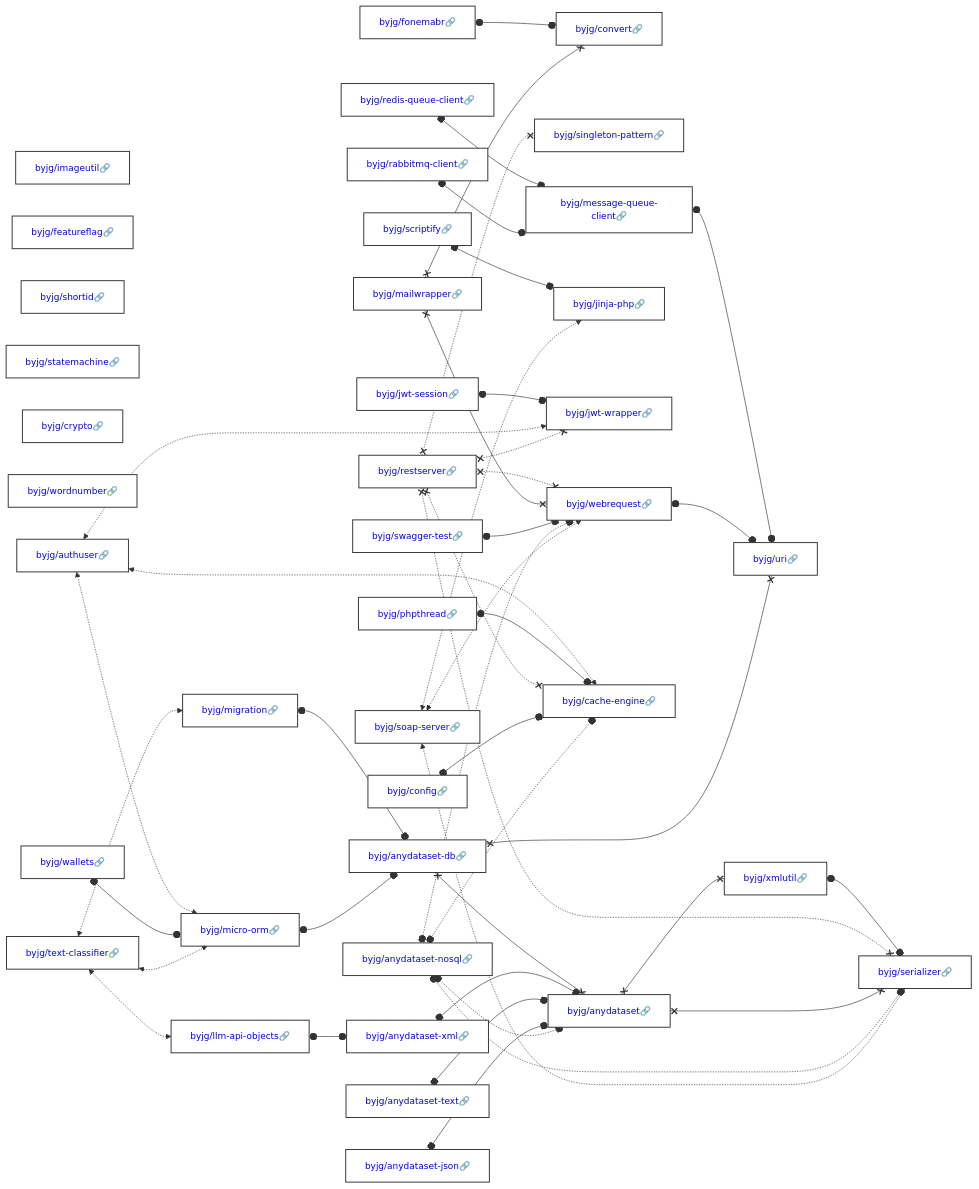
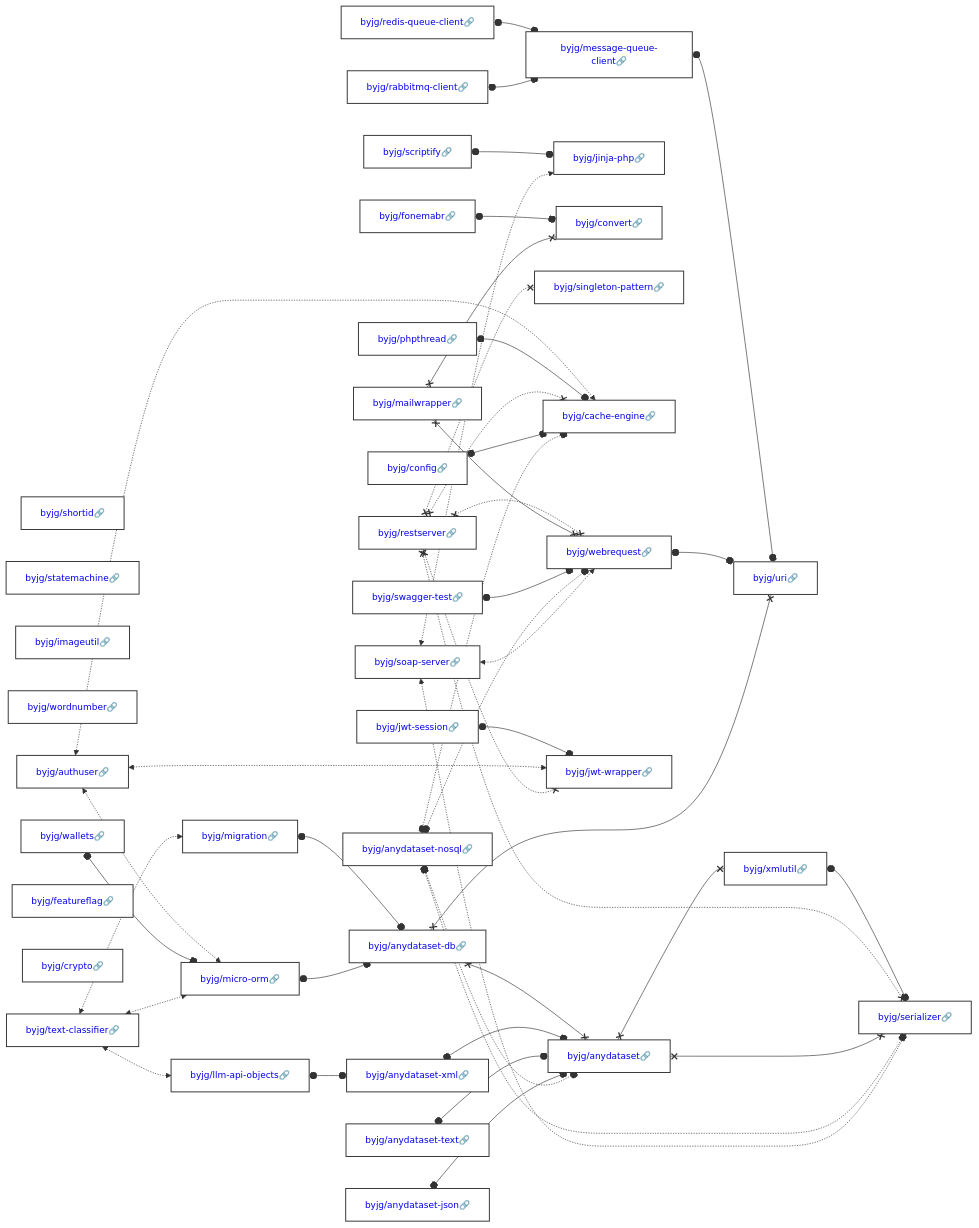
The diagram in docs/php/README.md (byjg/byjg.github.io), drawn with Mermaid before and after one commit. The commit also changed other lines of this file, not shown here.

Commit message:
Update documentation 'php' 'php-authuser'

````diff
--- a/docs/php/README.md
+++ b/docs/php/README.md
@@ -3,38 +3,38 @@
 ```mermaid
 graph LR;
+  byjg/shortid[<a href='https://opensource.byjg.com/docs/php/shortid' style='text-decoration:none'>byjg/shortid🔗</a>];
+  byjg/anydataset-json[<a href='https://opensource.byjg.com/docs/php/anydataset-json' style='text-decoration:none'>byjg/anydataset-json🔗</a>];
+  byjg/rabbitmq-client[<a href='https://opensource.byjg.com/docs/php/rabbitmq-client' style='text-decoration:none'>byjg/rabbitmq-client🔗</a>];
+  byjg/mailwrapper[<a href='https://opensource.byjg.com/docs/php/mailwrapper' style='text-decoration:none'>byjg/mailwrapper🔗</a>];
+  byjg/config[<a href='https://opensource.byjg.com/docs/php/config' style='text-decoration:none'>byjg/config🔗</a>];
+  byjg/statemachine[<a href='https://opensource.byjg.com/docs/php/statemachine' style='text-decoration:none'>byjg/statemachine🔗</a>];
+  byjg/imageutil[<a href='https://opensource.byjg.com/docs/php/imageutil' style='text-decoration:none'>byjg/imageutil🔗</a>];
+  byjg/phpthread[<a href='https://opensource.byjg.com/docs/php/phpthread' style='text-decoration:none'>byjg/phpthread🔗</a>];
+  byjg/wordnumber[<a href='https://opensource.byjg.com/docs/php/wordnumber' style='text-decoration:none'>byjg/wordnumber🔗</a>];
+  byjg/wallets[<a href='https://opensource.byjg.com/docs/php/wallets' style='text-decoration:none'>byjg/wallets🔗</a>];
+  byjg/anydataset-nosql[<a href='https://opensource.byjg.com/docs/php/anydataset-nosql' style='text-decoration:none'>byjg/anydataset-nosql🔗</a>];
+  byjg/anydataset-text[<a href='https://opensource.byjg.com/docs/php/anydataset-text' style='text-decoration:none'>byjg/anydataset-text🔗</a>];
+  byjg/text-classifier[<a href='https://opensource.byjg.com/docs/php/text-classifier' style='text-decoration:none'>byjg/text-classifier🔗</a>];
+  byjg/featureflag[<a href='https://opensource.byjg.com/docs/php/featureflag' style='text-decoration:none'>byjg/featureflag🔗</a>];
+  byjg/soap-server[<a href='https://opensource.byjg.com/docs/php/soap-server' style='text-decoration:none'>byjg/soap-server🔗</a>];
+  byjg/jwt-session[<a href='https://opensource.byjg.com/docs/php/jwt-session' style='text-decoration:none'>byjg/jwt-session🔗</a>];
+  byjg/swagger-test[<a href='https://opensource.byjg.com/docs/php/swagger-test' style='text-decoration:none'>byjg/swagger-test🔗</a>];
   byjg/redis-queue-client[<a href='https://opensource.byjg.com/docs/php/redis-queue-client' style='text-decoration:none'>byjg/redis-queue-client🔗</a>];
-  byjg/anydataset-nosql[<a href='https://opensource.byjg.com/docs/php/anydataset-nosql' style='text-decoration:none'>byjg/anydataset-nosql🔗</a>];
-  byjg/config[<a href='https://opensource.byjg.com/docs/php/config' style='text-decoration:none'>byjg/config🔗</a>];
-  byjg/anydataset-json[<a href='https://opensource.byjg.com/docs/php/anydataset-json' style='text-decoration:none'>byjg/anydataset-json🔗</a>];
+  byjg/scriptify[<a href='https://opensource.byjg.com/docs/php/scriptify' style='text-decoration:none'>byjg/scriptify🔗</a>];
+  byjg/crypto[<a href='https://opensource.byjg.com/docs/php/crypto' style='text-decoration:none'>byjg/crypto🔗</a>];
   byjg/fonemabr[<a href='https://opensource.byjg.com/docs/php/fonemabr' style='text-decoration:none'>byjg/fonemabr🔗</a>];
-  byjg/imageutil[<a href='https://opensource.byjg.com/docs/php/imageutil' style='text-decoration:none'>byjg/imageutil🔗</a>];
-  byjg/featureflag[<a href='https://opensource.byjg.com/docs/php/featureflag' style='text-decoration:none'>byjg/featureflag🔗</a>];
-  byjg/mailwrapper[<a href='https://opensource.byjg.com/docs/php/mailwrapper' style='text-decoration:none'>byjg/mailwrapper🔗</a>];
-  byjg/shortid[<a href='https://opensource.byjg.com/docs/php/shortid' style='text-decoration:none'>byjg/shortid🔗</a>];
-  byjg/jwt-session[<a href='https://opensource.byjg.com/docs/php/jwt-session' style='text-decoration:none'>byjg/jwt-session🔗</a>];
-  byjg/anydataset-text[<a href='https://opensource.byjg.com/docs/php/anydataset-text' style='text-decoration:none'>byjg/anydataset-text🔗</a>];
-  byjg/statemachine[<a href='https://opensource.byjg.com/docs/php/statemachine' style='text-decoration:none'>byjg/statemachine🔗</a>];
-  byjg/crypto[<a href='https://opensource.byjg.com/docs/php/crypto' style='text-decoration:none'>byjg/crypto🔗</a>];
-  byjg/swagger-test[<a href='https://opensource.byjg.com/docs/php/swagger-test' style='text-decoration:none'>byjg/swagger-test🔗</a>];
-  byjg/wordnumber[<a href='https://opensource.byjg.com/docs/php/wordnumber' style='text-decoration:none'>byjg/wordnumber🔗</a>];
-  byjg/soap-server[<a href='https://opensource.byjg.com/docs/php/soap-server' style='text-decoration:none'>byjg/soap-server🔗</a>];
+  byjg/authuser[<a href='https://opensource.byjg.com/docs/php/authuser' style='text-decoration:none'>byjg/authuser🔗</a>];
   byjg/restserver[<a href='https://opensource.byjg.com/docs/php/restserver' style='text-decoration:none'>byjg/restserver🔗</a>];
-  byjg/scriptify[<a href='https://opensource.byjg.com/docs/php/scriptify' style='text-decoration:none'>byjg/scriptify🔗</a>];
-  byjg/authuser[<a href='https://opensource.byjg.com/docs/php/authuser' style='text-decoration:none'>byjg/authuser🔗</a>];
-  byjg/text-classifier[<a href='https://opensource.byjg.com/docs/php/text-classifier' style='text-decoration:none'>byjg/text-classifier🔗</a>];
-  byjg/rabbitmq-client[<a href='https://opensource.byjg.com/docs/php/rabbitmq-client' style='text-decoration:none'>byjg/rabbitmq-client🔗</a>];
-  byjg/wallets[<a href='https://opensource.byjg.com/docs/php/wallets' style='text-decoration:none'>byjg/wallets🔗</a>];
-  byjg/phpthread[<a href='https://opensource.byjg.com/docs/php/phpthread' style='text-decoration:none'>byjg/phpthread🔗</a>];
-  byjg/convert[<a href='https://opensource.byjg.com/docs/php/convert' style='text-decoration:none'>byjg/convert🔗</a>];
-  byjg/singleton-pattern[<a href='https://opensource.byjg.com/docs/php/singleton-pattern' style='text-decoration:none'>byjg/singleton-pattern🔗</a>];
-  byjg/webrequest[<a href='https://opensource.byjg.com/docs/php/webrequest' style='text-decoration:none'>byjg/webrequest🔗</a>];
-  byjg/jinja-php[<a href='https://opensource.byjg.com/docs/php/jinja-php' style='text-decoration:none'>byjg/jinja-php🔗</a>];
-  byjg/jwt-wrapper[<a href='https://opensource.byjg.com/docs/php/jwt-wrapper' style='text-decoration:none'>byjg/jwt-wrapper🔗</a>];
   byjg/migration[<a href='https://opensource.byjg.com/docs/php/migration' style='text-decoration:none'>byjg/migration🔗</a>];
   byjg/llm-api-objects[<a href='https://opensource.byjg.com/docs/php/llm-api-objects' style='text-decoration:none'>byjg/llm-api-objects🔗</a>];
   byjg/message-queue-client[<a href='https://opensource.byjg.com/docs/php/message-queue-client' style='text-decoration:none'>byjg/message-queue-client🔗</a>];
+  byjg/jinja-php[<a href='https://opensource.byjg.com/docs/php/jinja-php' style='text-decoration:none'>byjg/jinja-php🔗</a>];
+  byjg/convert[<a href='https://opensource.byjg.com/docs/php/convert' style='text-decoration:none'>byjg/convert🔗</a>];
   byjg/micro-orm[<a href='https://opensource.byjg.com/docs/php/micro-orm' style='text-decoration:none'>byjg/micro-orm🔗</a>];
+  byjg/singleton-pattern[<a href='https://opensource.byjg.com/docs/php/singleton-pattern' style='text-decoration:none'>byjg/singleton-pattern🔗</a>];
   byjg/cache-engine[<a href='https://opensource.byjg.com/docs/php/cache-engine' style='text-decoration:none'>byjg/cache-engine🔗</a>];
+  byjg/webrequest[<a href='https://opensource.byjg.com/docs/php/webrequest' style='text-decoration:none'>byjg/webrequest🔗</a>];
+  byjg/jwt-wrapper[<a href='https://opensource.byjg.com/docs/php/jwt-wrapper' style='text-decoration:none'>byjg/jwt-wrapper🔗</a>];
   byjg/anydataset-xml[<a href='https://opensource.byjg.com/docs/php/anydataset-xml' style='text-decoration:none'>byjg/anydataset-xml🔗</a>];
   byjg/anydataset-db[<a href='https://opensource.byjg.com/docs/php/anydataset-db' style='text-decoration:none'>byjg/anydataset-db🔗</a>];
   byjg/anydataset[<a href='https://opensource.byjg.com/docs/php/anydataset' style='text-decoration:none'>byjg/anydataset🔗</a>];
````
